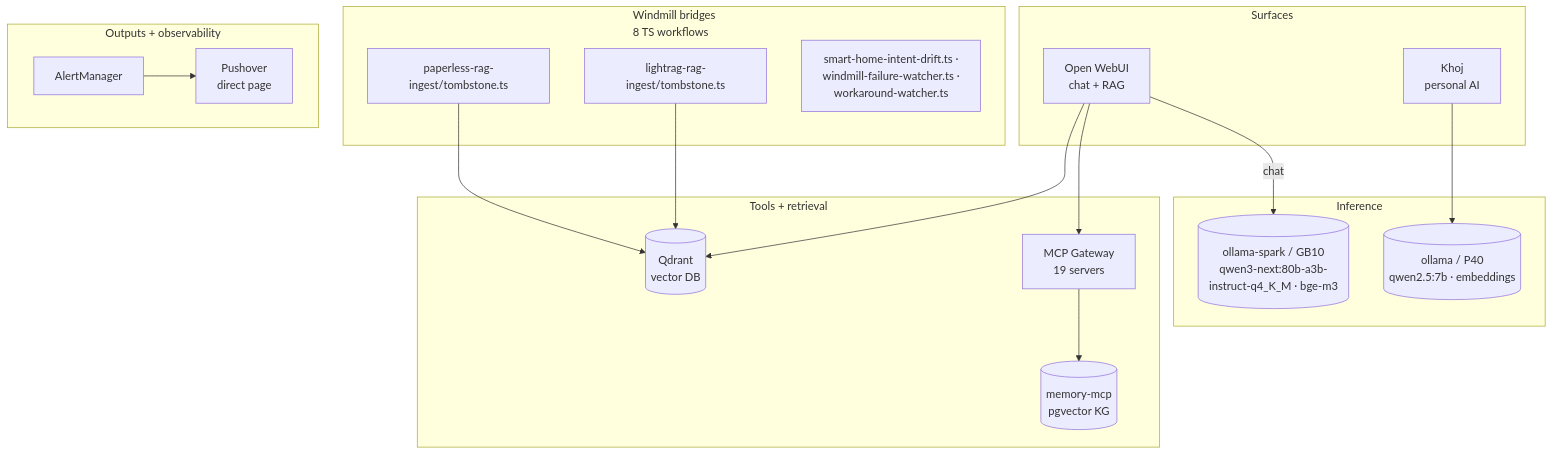
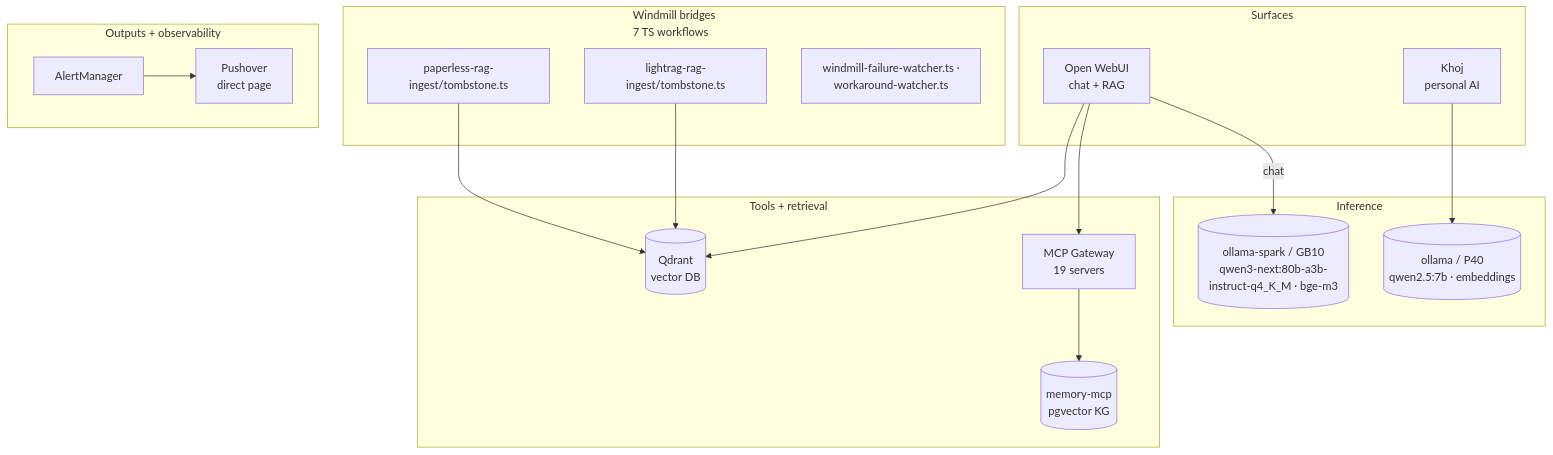
Before and after one commit to rwlove/home-ops: the second of 2 diagrams in README.md, drawn with Mermaid. The commit also changed other lines of this file and 5 other files, not shown here.

First line of the commit message:
chore(windmill): remove dead smart-home-intent-drift workflow

````diff
--- a/README.md
+++ b/README.md
@@ -315,37 +315,37 @@
 ```mermaid
 flowchart TB
     subgraph Surfaces[Surfaces]
         OWUI[Open WebUI<br/>chat + RAG]
         Khoj[Khoj<br/>personal AI]
     end
 
-    subgraph Bridges[Windmill bridges<br/>8 TS workflows]
+    subgraph Bridges[Windmill bridges<br/>7 TS workflows]
         WPaperless[paperless-rag-ingest/tombstone.ts]
         WLightrag[lightrag-rag-ingest/tombstone.ts]
-        WOther[smart-home-intent-drift.ts ·<br/>windmill-failure-watcher.ts ·<br/>workaround-watcher.ts]
+        WOther[windmill-failure-watcher.ts ·<br/>workaround-watcher.ts]
     end
 
     subgraph Inference[Inference]
         OllamaP40[(ollama / P40<br/>qwen2.5:7b · embeddings)]
         OllamaSpark[(ollama-spark / GB10<br/>qwen3-next:80b-a3b-instruct-q4_K_M · bge-m3)]
     end
 
     subgraph Tools[Tools + retrieval]
         Gw[MCP Gateway<br/>19 servers]
         Q[(Qdrant<br/>vector DB)]
         Mem[(memory-mcp<br/>pgvector KG)]
     end
 
     subgraph Outputs[Outputs + observability]
         AM[AlertManager]
         Push[Pushover<br/>direct page]
     end
 
     OWUI -->|chat| OllamaSpark
     OWUI --> Gw --> Mem
     OWUI --> Q
     Khoj --> OllamaP40
     WPaperless --> Q
     WLightrag --> Q
     AM --> Push
 ```
````
